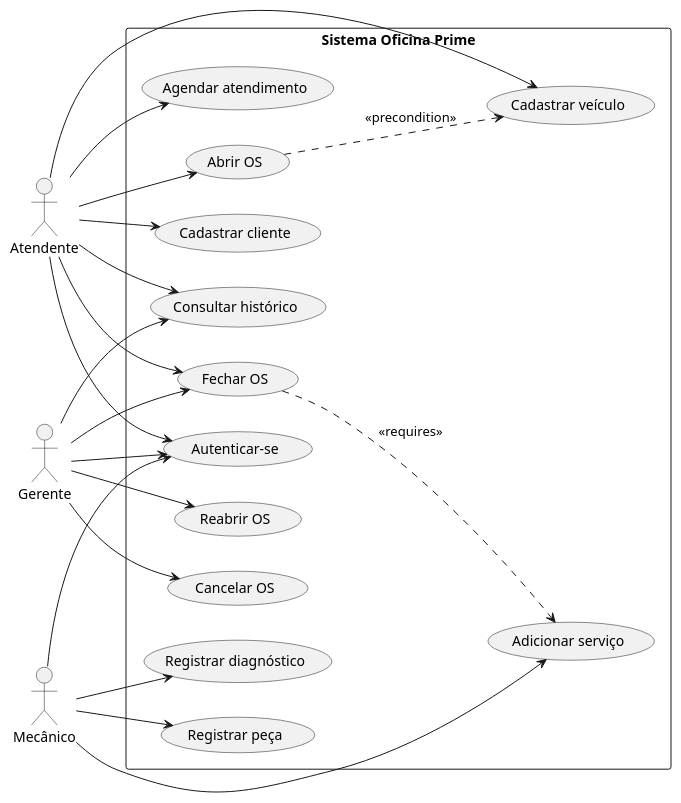
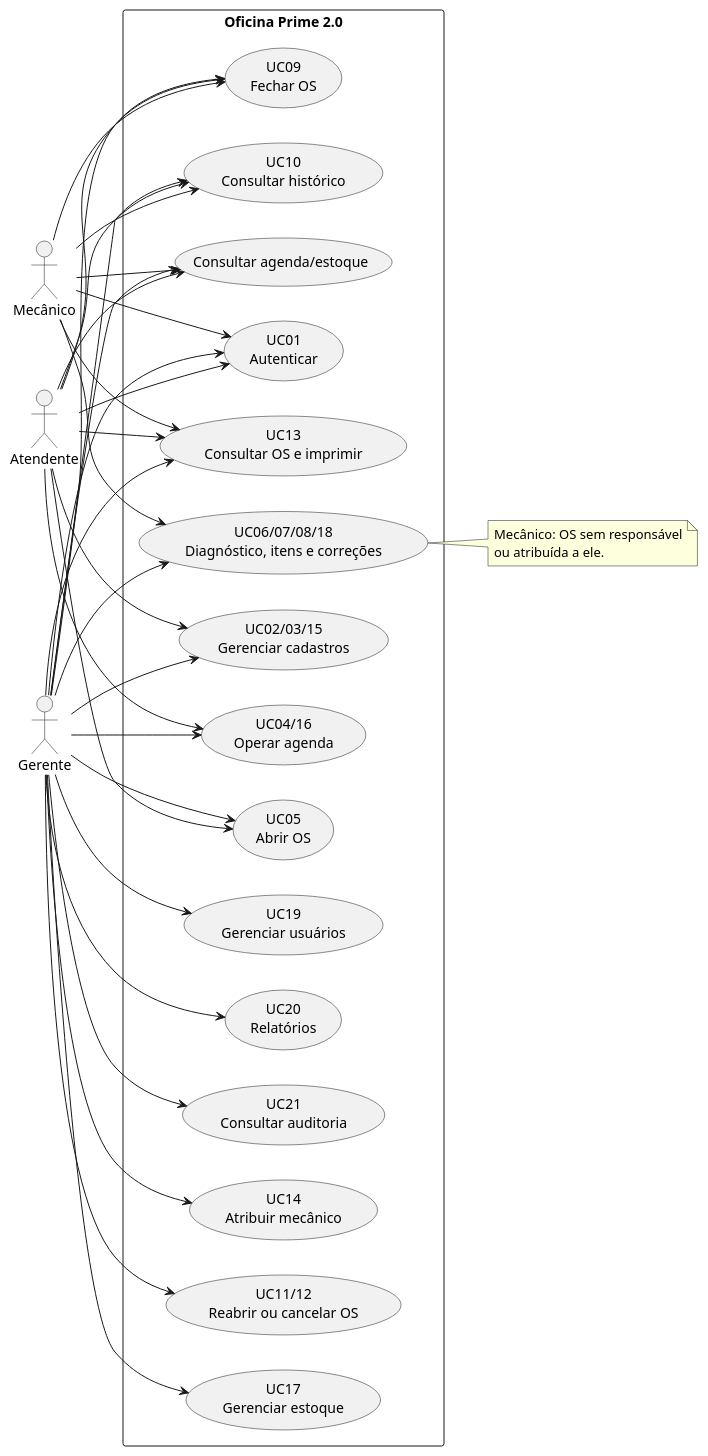
The diagram in doc/uml/casos-de-uso.puml (jeffbm/revisao-projeto-software-ufbra), drawn with PlantUML before and after one commit. The commit also changed 53 other files, not shown here.

Commit message:
Implementa Oficina Prime 2.0 com interfaces por perfil, gestão e testes

```diff
--- a/doc/uml/casos-de-uso.puml
+++ b/doc/uml/casos-de-uso.puml
@@ -1,43 +1,56 @@
 @startuml
 left to right direction
-actor Atendente
-actor "Mecânico" as Mecanico
-actor Gerente
-
-rectangle "Sistema Oficina Prime" {
-  usecase "Autenticar-se" as UC01
-  usecase "Cadastrar cliente" as UC02
-  usecase "Cadastrar veículo" as UC03
-  usecase "Agendar atendimento" as UC04
-  usecase "Abrir OS" as UC05
-  usecase "Registrar diagnóstico" as UC06
-  usecase "Adicionar serviço" as UC07
-  usecase "Registrar peça" as UC08
-  usecase "Fechar OS" as UC09
-  usecase "Consultar histórico" as UC10
-  usecase "Reabrir OS" as UC11
-  usecase "Cancelar OS" as UC12
+actor Atendente as A
+actor "Mecânico" as M
+actor Gerente as G
+rectangle "Oficina Prime 2.0" {
+  usecase "UC01\nAutenticar" as U1
+  usecase "UC02/03/15\nGerenciar cadastros" as U2
+  usecase "UC04/16\nOperar agenda" as U4
+  usecase "UC05\nAbrir OS" as U5
+  usecase "UC13\nConsultar OS e imprimir" as U13
+  usecase "UC06/07/08/18\nDiagnóstico, itens e correções" as U6
+  usecase "UC09\nFechar OS" as U9
+  usecase "UC10\nConsultar histórico" as U10
+  usecase "Consultar agenda/estoque" as Q
+  usecase "UC14\nAtribuir mecânico" as U14
+  usecase "UC11/12\nReabrir ou cancelar OS" as U11
+  usecase "UC17\nGerenciar estoque" as U17
+  usecase "UC19\nGerenciar usuários" as U19
+  usecase "UC20\nRelatórios" as U20
+  usecase "UC21\nConsultar auditoria" as U21
 }
-
-Atendente --> UC01
-Atendente --> UC02
-Atendente --> UC03
-Atendente --> UC04
-Atendente --> UC05
-Atendente --> UC09
-Atendente --> UC10
-
-Mecanico --> UC01
-Mecanico --> UC06
-Mecanico --> UC07
-Mecanico --> UC08
-
-Gerente --> UC01
-Gerente --> UC09
-Gerente --> UC10
-Gerente --> UC11
-Gerente --> UC12
-
-UC05 ..> UC03 : <<precondition>>
-UC09 ..> UC07 : <<requires>>
+A --> U1
+A --> U2
+A --> U4
+A --> U5
+A --> U13
+A --> U9
+A --> U10
+A --> Q
+M --> U1
+M --> U13
+M --> U6
+M --> U9
+M --> U10
+M --> Q
+G --> U1
+G --> U2
+G --> U4
+G --> U5
+G --> U13
+G --> U6
+G --> U9
+G --> U10
+G --> Q
+G --> U14
+G --> U11
+G --> U17
+G --> U19
+G --> U20
+G --> U21
+note right of U6
+  Mecânico: OS sem responsável
+  ou atribuída a ele.
+end note
 @enduml
```
